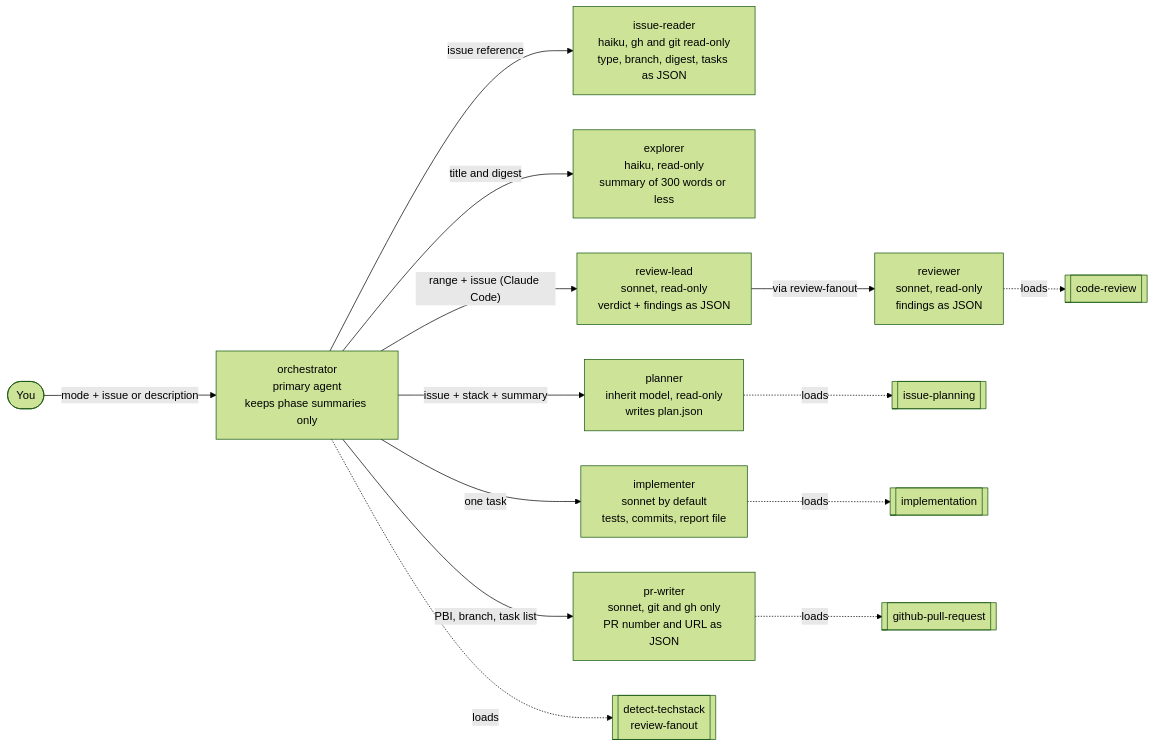
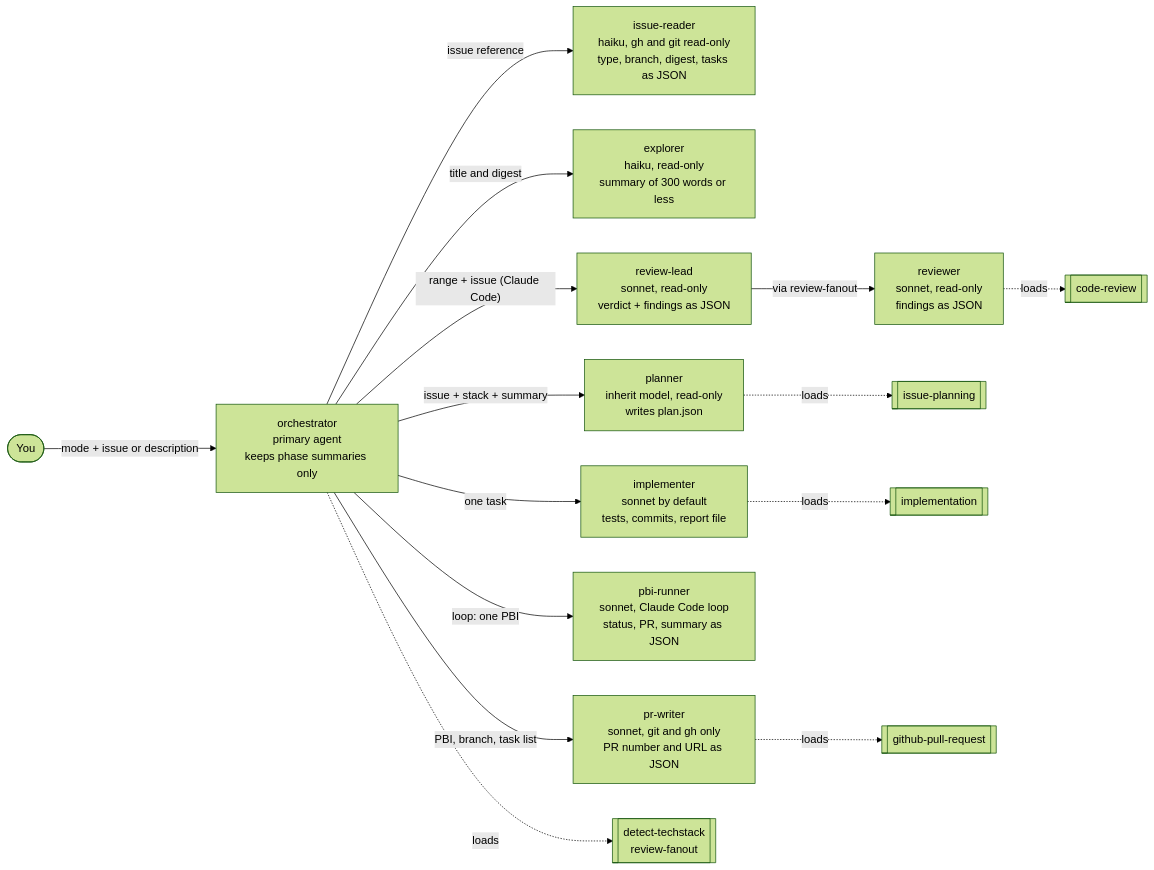
One commit to GravionLabs/apm-hub changed the first of 11 diagrams in docs/orchestrator.md. Above: the diagram before and after it, drawn with Mermaid (forest theme). The commit also changed other lines of this file and 4 other files, not shown here.

````diff
--- a/docs/orchestrator.md
+++ b/docs/orchestrator.md
@@ -11,16 +11,17 @@
 ```mermaid
 flowchart LR
     U([You]) -->|"mode + issue or description"| O["orchestrator<br/>primary agent<br/>keeps phase summaries only"]
     O -->|"issue reference"| D["issue-reader<br/>haiku, gh and git read-only<br/>type, branch, digest, tasks as JSON"]
     O -->|"title and digest"| E["explorer<br/>haiku, read-only<br/>summary of 300 words or less"]
     O -->|"issue + stack + summary"| P["planner<br/>inherit model, read-only<br/>writes plan.json"]
     O -->|"one task"| I["implementer<br/>sonnet by default<br/>tests, commits, report file"]
     O -->|"range + issue (Claude Code)"| L["review-lead<br/>sonnet, read-only<br/>verdict + findings as JSON"]
     L -->|"via review-fanout"| R["reviewer<br/>sonnet, read-only<br/>findings as JSON"]
+    O -->|"loop: one PBI"| B["pbi-runner<br/>sonnet, Claude Code loop<br/>status, PR, summary as JSON"]
     O -->|"PBI, branch, task list"| W["pr-writer<br/>sonnet, git and gh only<br/>PR number and URL as JSON"]
     P -.->|"loads"| S1[["issue-planning"]]
     I -.->|"loads"| S2[["implementation"]]
     R -.->|"loads"| S3[["code-review"]]
     W -.->|"loads"| S5[["github-pull-request"]]
     O -.->|"loads"| S4[["detect-techstack<br/>review-fanout"]]
 ```
````
